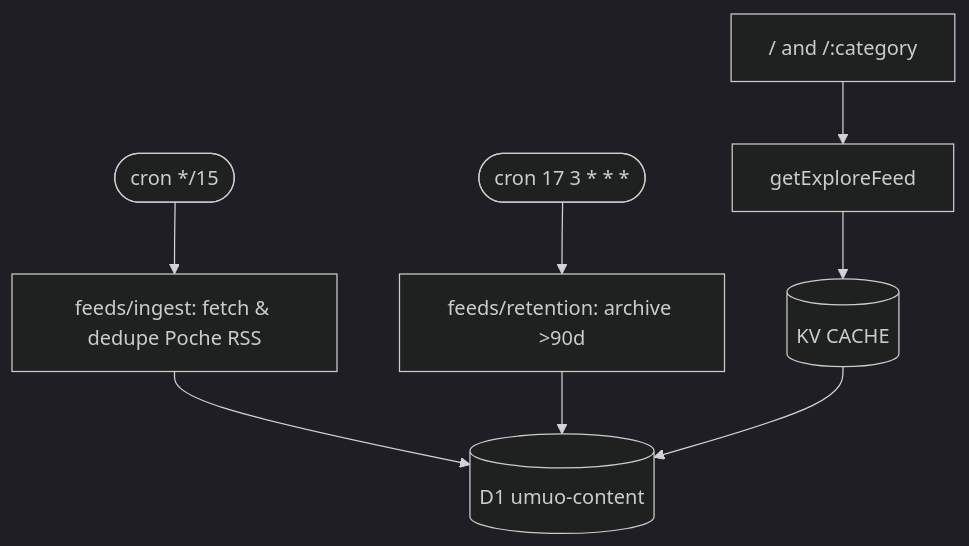
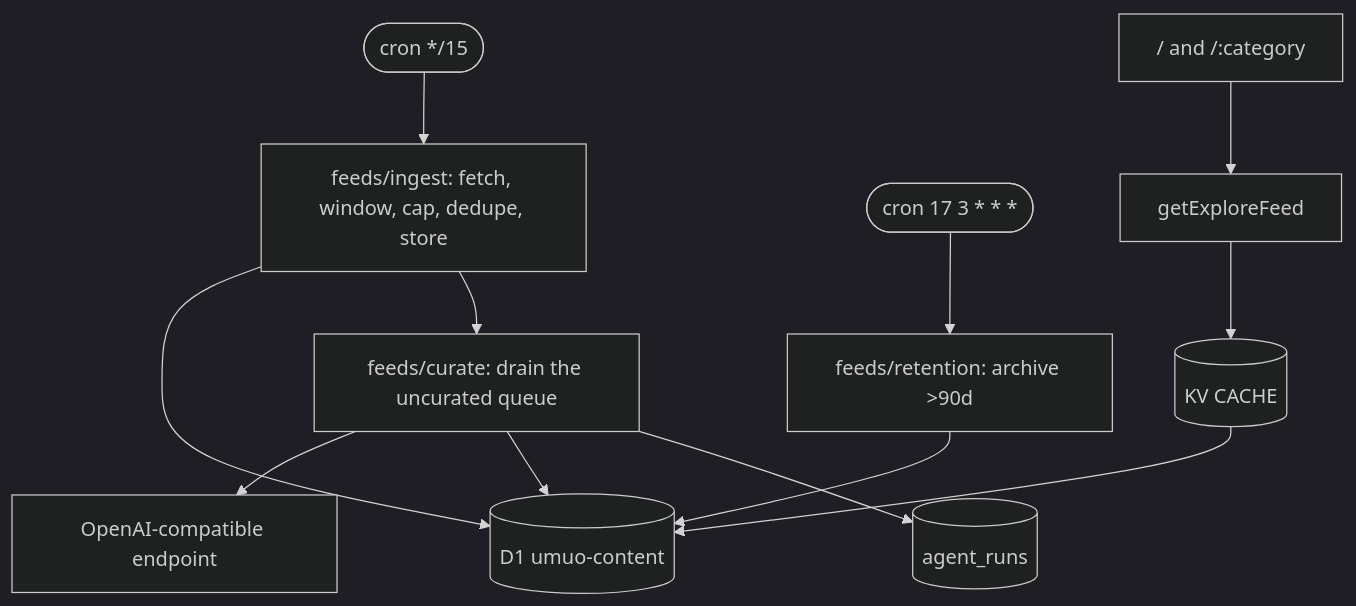
Before and after one commit to youming-ai/ai: the diagram in README.md, drawn with Mermaid (dark theme). The commit also changed other lines of this file and 32 other files, not shown here.

````diff
--- a/README.md
+++ b/README.md
@@ -69,8 +79,12 @@
 ```mermaid
 graph TD
-  Cron@{ shape: stadium, label: "cron */15" } --> Ingest[feeds/ingest: fetch & dedupe Poche RSS]
+  Cron@{ shape: stadium, label: "cron */15" } --> Ingest[feeds/ingest: fetch, window, cap, dedupe, store]
   Ingest --> D1[(D1 umuo-content)]
+  Ingest --> Curate[feeds/curate: drain the uncurated queue]
+  Curate --> LLM[OpenAI-compatible endpoint]
+  Curate --> D1
+  Curate --> Runs[(agent_runs)]
   Sweep@{ shape: stadium, label: "cron 17 3 * * *" } --> Retention[feeds/retention: archive >90d]
   Retention --> D1
   Home["/ and /:category"] --> Explore[getExploreFeed] --> KV1[(KV CACHE)] --> D1
 ```
````
